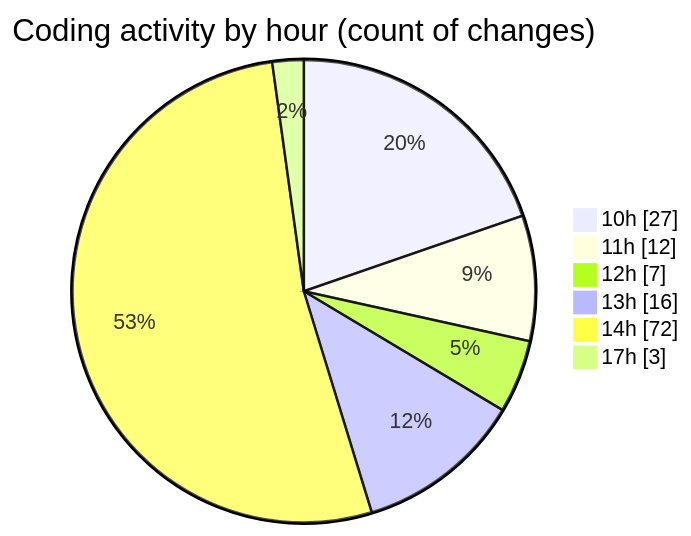
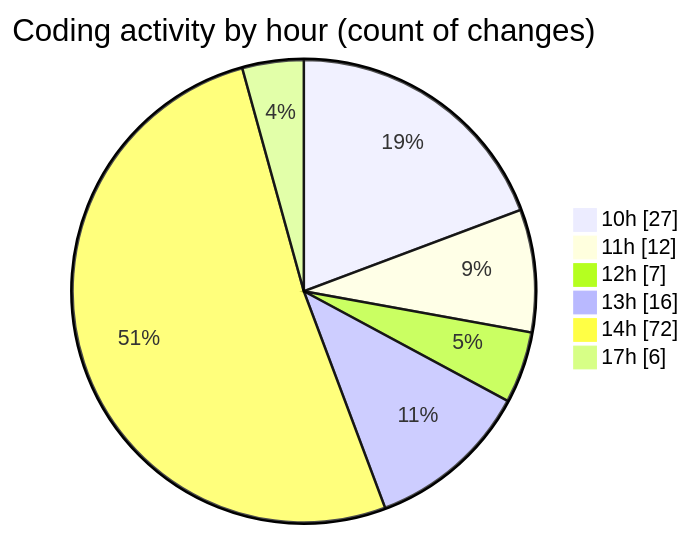
One commit to MatusMokan/code-tracking changed the second of 2 diagrams in 2025-03-01/myws__workspace_/README.md. Above: the diagram before and after it, drawn with Mermaid. The commit also changed other lines of this file and 1 other file, not shown here.

````diff
--- a/2025-03-01/myws__workspace_/README.md
+++ b/2025-03-01/myws__workspace_/README.md
@@ -41,10 +41,10 @@
 ```mermaid
 pie showData
 title Coding activity by hour (count of changes)
 "10h" : 27
 "11h" : 12
 "12h" : 7
 "13h" : 16
 "14h" : 72
-"17h" : 3
+"17h" : 6
 ```
````
